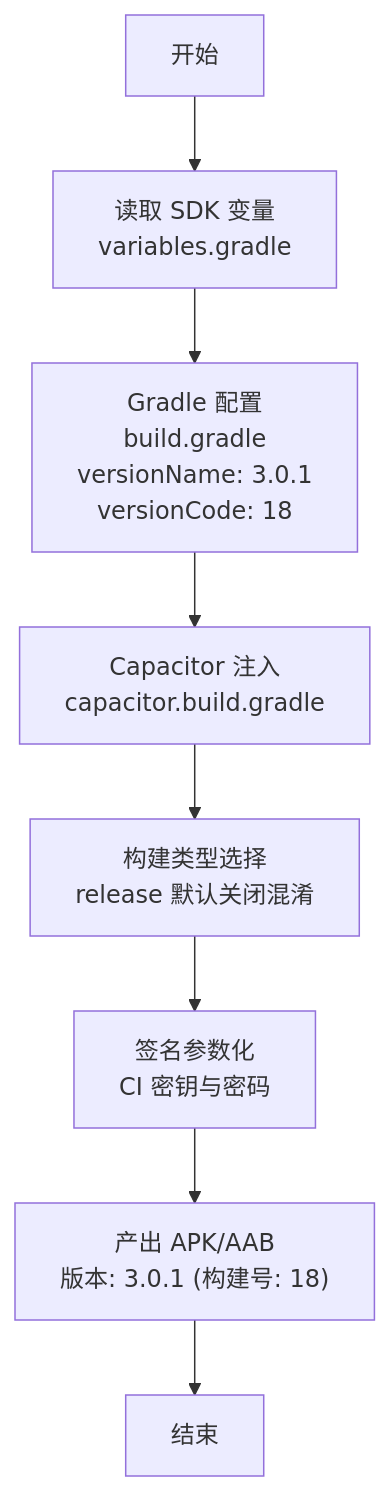
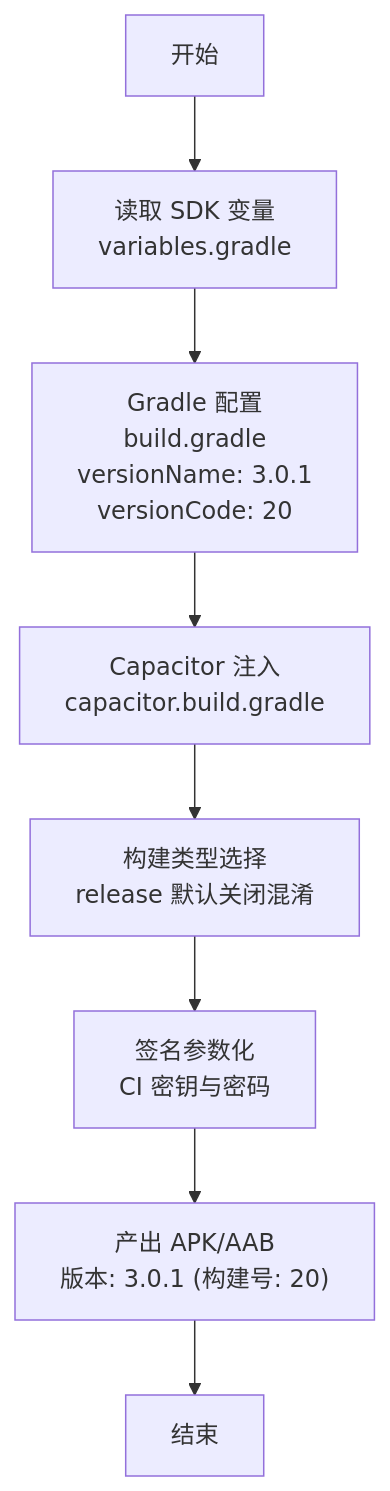
Before and after one commit to tea4go/Macro-Deck-Client-App: the third of 9 diagrams in .qoder/repowiki/zh/content/构建与部署/平台部署/平台部署.md, drawn with Mermaid. The commit also changed other lines of this file and 55 other files, not shown here.

````diff
--- a/.qoder/repowiki/zh/content/构建与部署/平台部署/平台部署.md
+++ b/.qoder/repowiki/zh/content/构建与部署/平台部署/平台部署.md
@@ -142,10 +142,10 @@
 ```mermaid
 flowchart TD
 S["开始"] --> V["读取 SDK 变量<br/>variables.gradle"]
-V --> G["Gradle 配置<br/>build.gradle<br/>versionName: 3.0.1<br/>versionCode: 18"]
+V --> G["Gradle 配置<br/>build.gradle<br/>versionName: 3.0.1<br/>versionCode: 20"]
 G --> C["Capacitor 注入<br/>capacitor.build.gradle"]
 C --> T["构建类型选择<br/>release 默认关闭混淆"]
 T --> K["签名参数化<br/>CI 密钥与密码"]
-K --> O["产出 APK/AAB<br/>版本: 3.0.1 (构建号: 18)"]
+K --> O["产出 APK/AAB<br/>版本: 3.0.1 (构建号: 20)"]
 O --> E["结束"]
 ```
````
